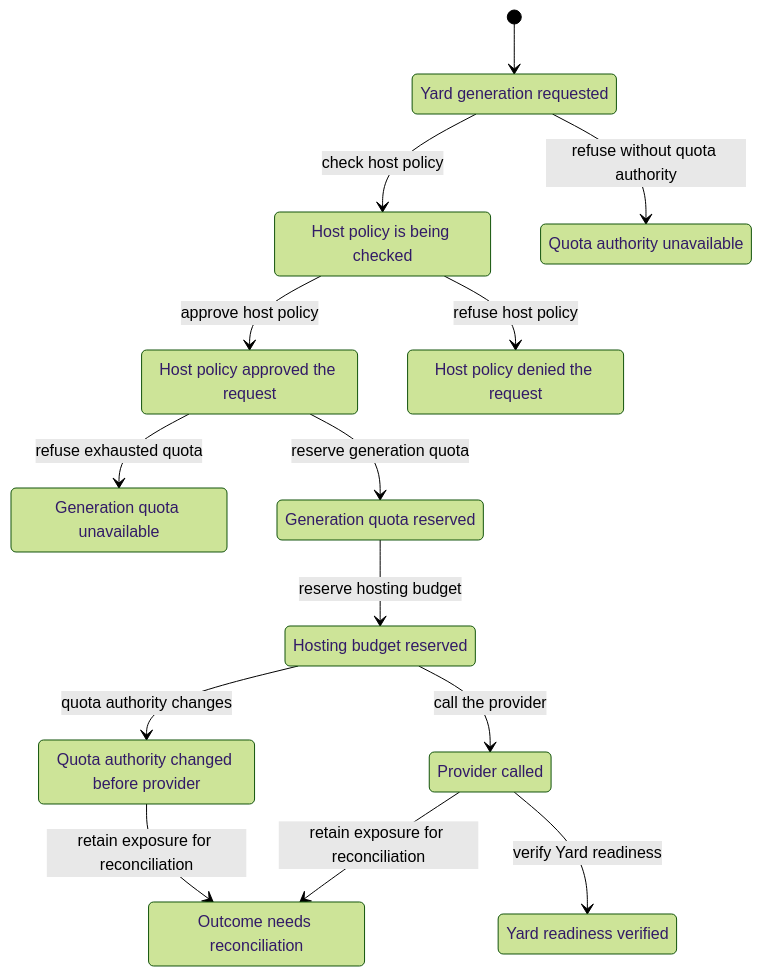
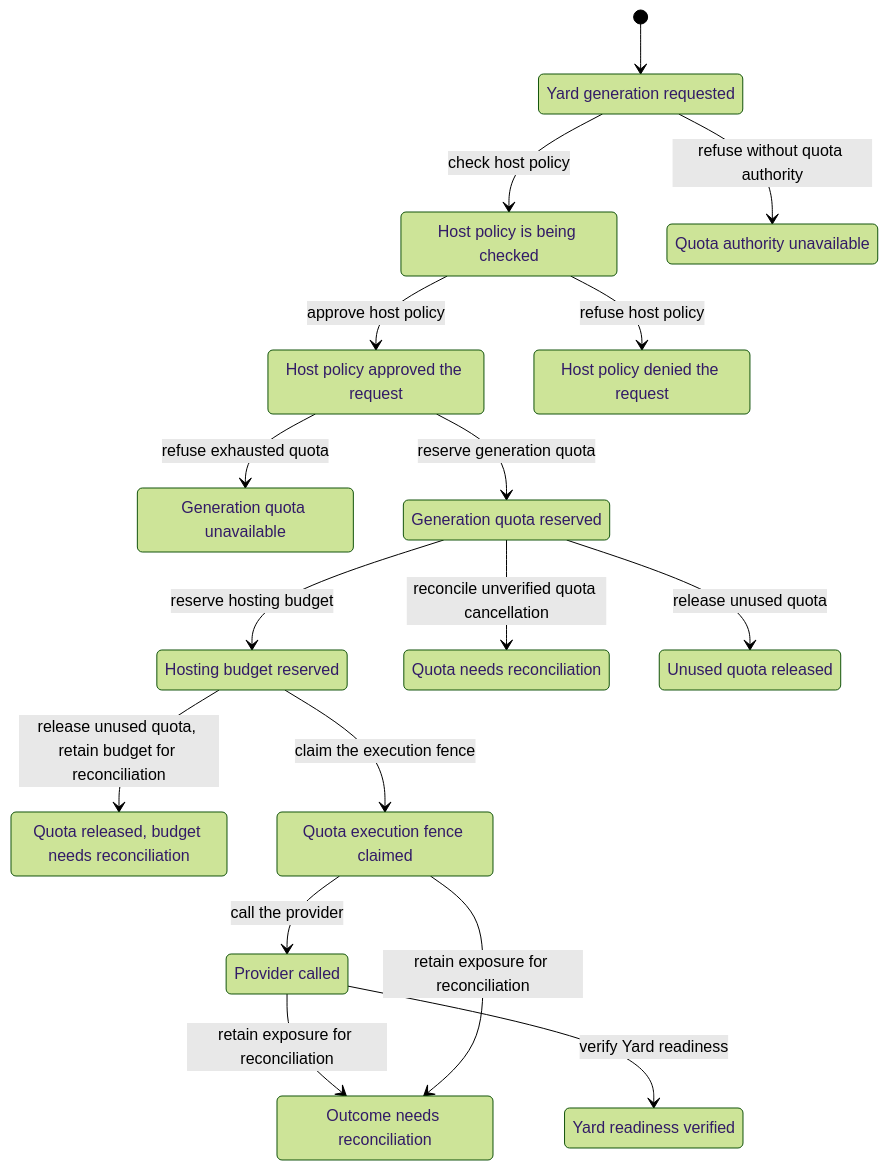
Diagram 16 of 46 in packages/broker/README.md (Hobo-Labs/HoBo), drawn with Mermaid (forest theme) before and after one commit. The commit also changed other lines of this file and 3 other files, not shown here.

Commit message:
Report uncertain Yard quota reservation outcomes

````diff
--- a/packages/broker/README.md
+++ b/packages/broker/README.md
@@ -453,28 +454,34 @@
 ```mermaid
 stateDiagram-v2
   s0: Yard generation requested
   s1: Host policy is being checked
   s2: Quota authority unavailable
   s3: Host policy approved the request
   s4: Host policy denied the request
   s5: Generation quota unavailable
   s6: Generation quota reserved
   s7: Hosting budget reserved
-  s8: Quota authority changed before provider
-  s9: Provider called
-  s10: Yard readiness verified
-  s11: Outcome needs reconciliation
+  s8: Quota needs reconciliation
+  s9: Unused quota released
+  s10: Quota released, budget needs reconciliation
+  s11: Quota execution fence claimed
+  s12: Provider called
+  s13: Yard readiness verified
+  s14: Outcome needs reconciliation
   [*] --> s0
   s0 --> s2: refuse without quota authority
   s0 --> s1: check host policy
   s1 --> s4: refuse host policy
   s1 --> s3: approve host policy
   s3 --> s5: refuse exhausted quota
   s3 --> s6: reserve generation quota
   s6 --> s7: reserve hosting budget
-  s7 --> s8: quota authority changes
-  s7 --> s9: call the provider
-  s8 --> s11: retain exposure for reconciliation
-  s9 --> s11: retain exposure for reconciliation
-  s9 --> s10: verify Yard readiness
+  s6 --> s8: reconcile unverified quota cancellation
+  s6 --> s9: release unused quota
+  s7 --> s10: release unused quota, retain budget for reconciliation
+  s7 --> s11: claim the execution fence
+  s11 --> s12: call the provider
+  s12 --> s14: retain exposure for reconciliation
+  s12 --> s13: verify Yard readiness
+  s11 --> s14: retain exposure for reconciliation
 ```
````
